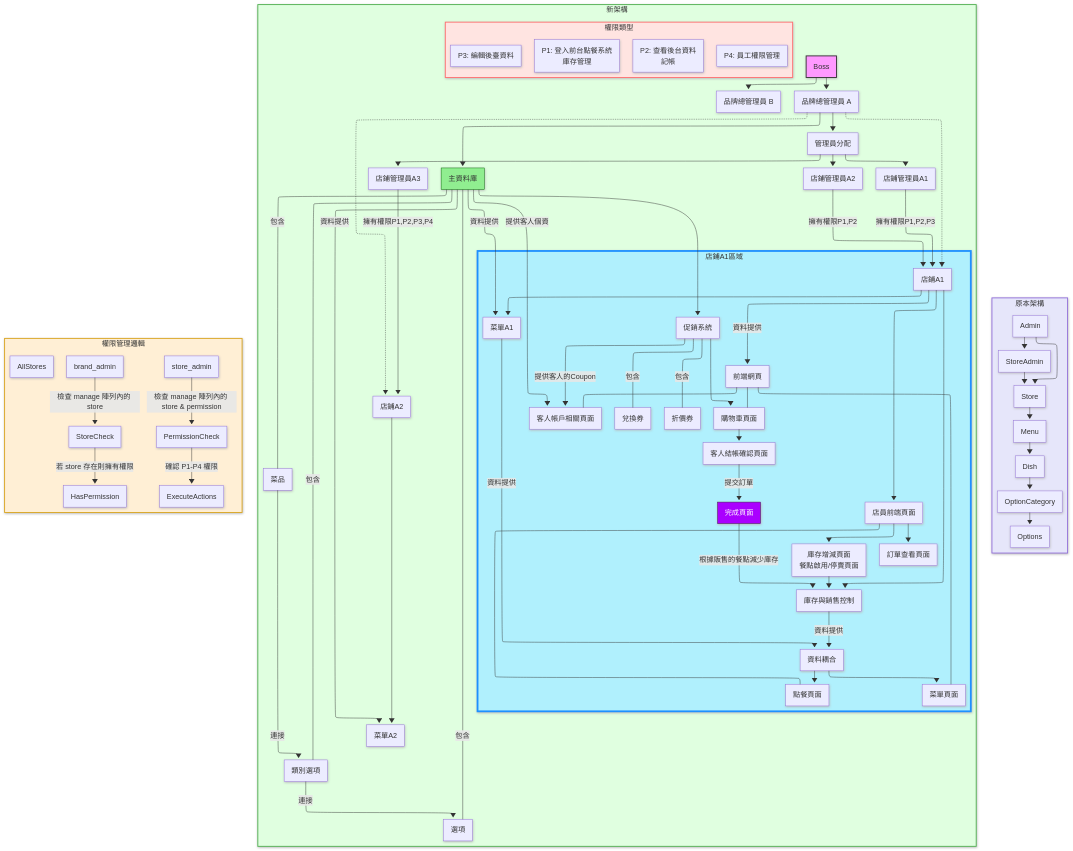
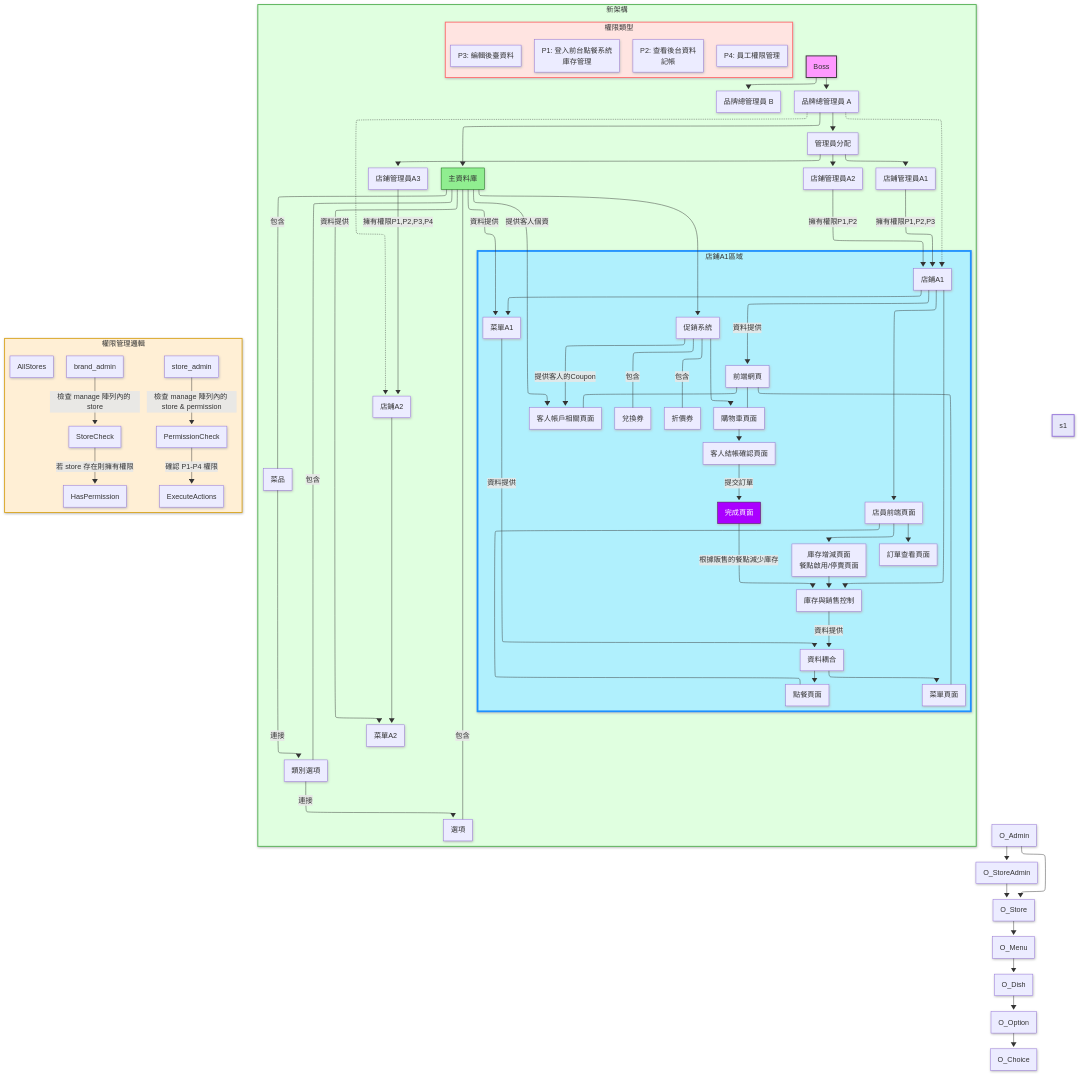
One commit to RabbirReaper/online-order-system changed the first of 3 diagrams in README.md. Above: the diagram before and after it, drawn with Mermaid. The commit also changed other lines of this file, not shown here.

Commit message:
更新程式流程圖，移除原本架構並新增權限管理相關流程

```diff
--- a/README.md
+++ b/README.md
@@ -107,16 +107,6 @@
   layout: elk
 ---
 flowchart TB
- subgraph s1["原本架構"]
-    direction TB
-        O_StoreAdmin["StoreAdmin"]
-        O_Admin["Admin"]
-        O_Store["Store"]
-        O_Menu["Menu"]
-        O_Dish["Dish"]
-        O_Option["OptionCategory"]
-        O_Choice["Options"]
-  end
  subgraph s2["權限類型"]
         P1["P1: 登入前台點餐系統<br>庫存管理"]
         P2["P2: 查看後台資料<br>記帳"]
```
